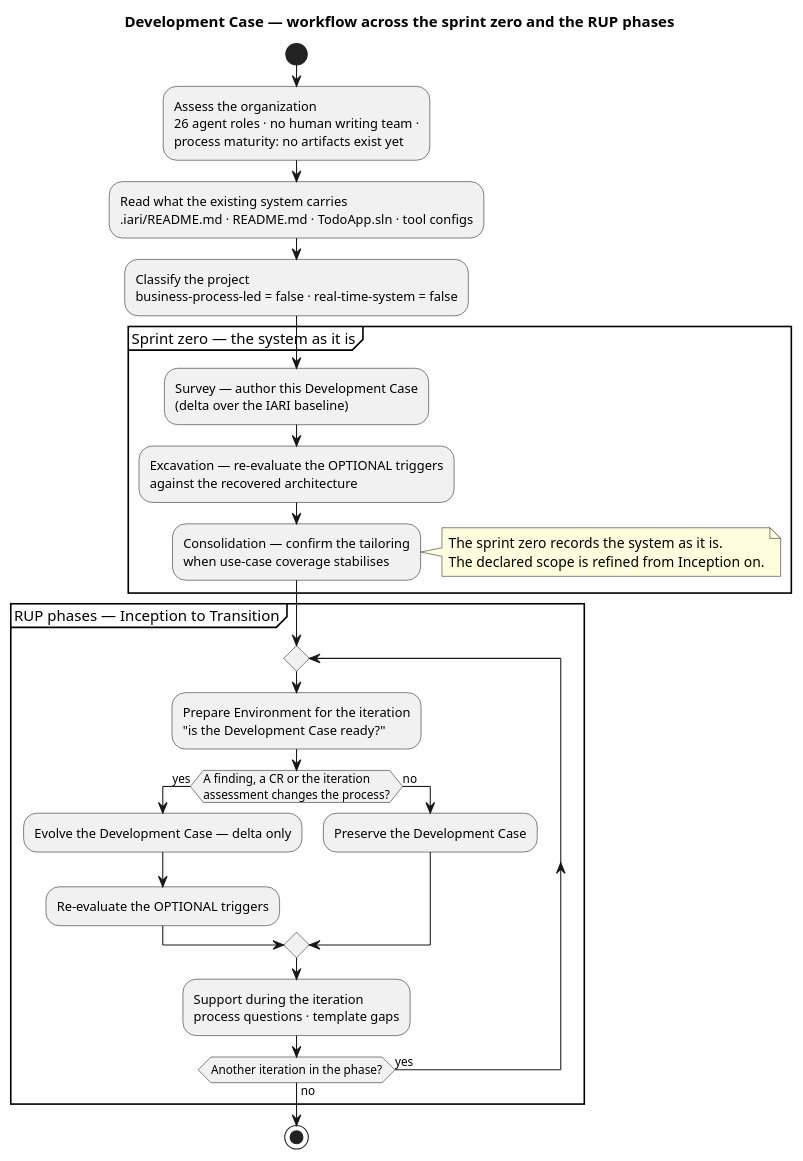
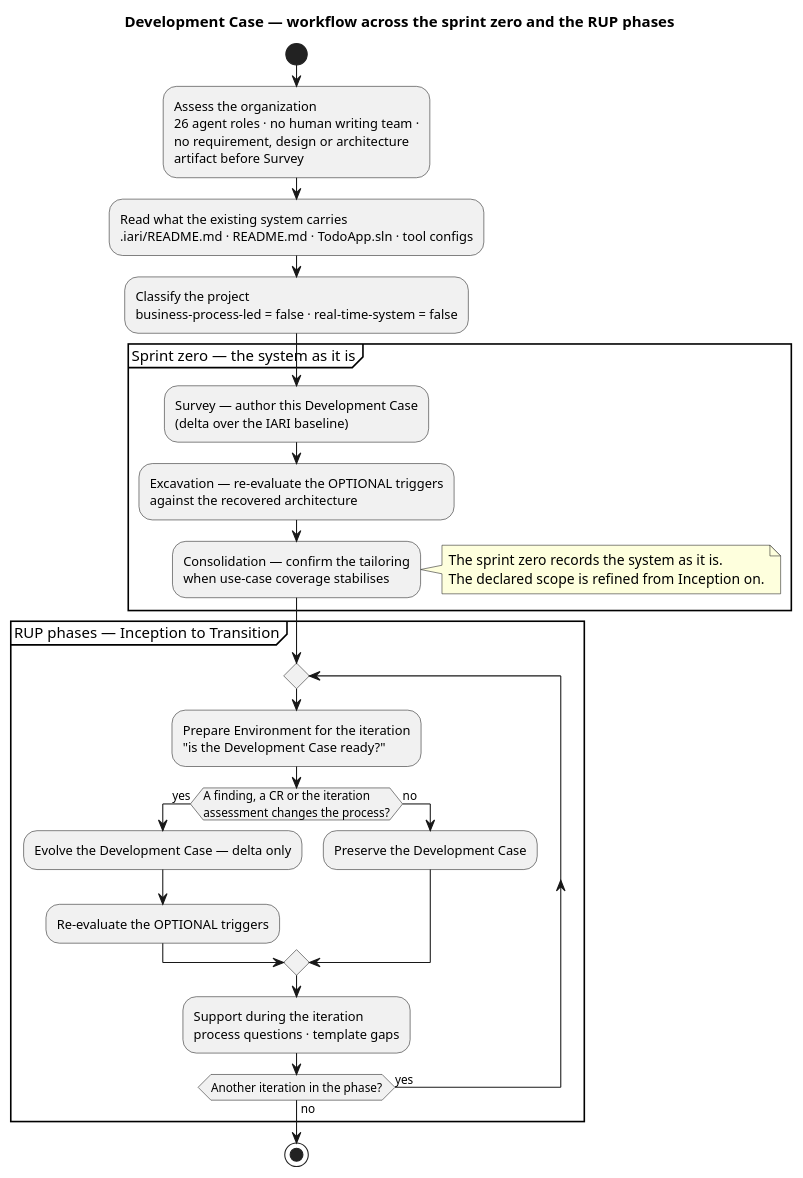
Before and after one commit to banense-test/TodoApp: the first of 2 diagrams in docs/artifacts/environment/development-case.md, drawn with PlantUML. The commit also changed other lines of this file, not shown here.

First line of the commit message:
Process Engineer [Survey2]: upsert Development Case

````diff
--- a/docs/artifacts/environment/development-case.md
+++ b/docs/artifacts/environment/development-case.md
@@ -13,31 +12,31 @@
 ```plantuml
 @startuml
 title Development Case — workflow across the sprint zero and the RUP phases
 start
-:Assess the organization\n26 agent roles · no human writing team ·\nprocess maturity: no artifacts exist yet;
+:Assess the organization\n26 agent roles · no human writing team ·\nno requirement, design or architecture\nartifact before Survey;
 :Read what the existing system carries\n.iari/README.md · README.md · TodoApp.sln · tool configs;
 :Classify the project\nbusiness-process-led = false · real-time-system = false;
 partition "Sprint zero — the system as it is" {
   :Survey — author this Development Case\n(delta over the IARI baseline);
   :Excavation — re-evaluate the OPTIONAL triggers\nagainst the recovered architecture;
   :Consolidation — confirm the tailoring\nwhen use-case coverage stabilises;
   note right
     The sprint zero records the system as it is.
     The declared scope is refined from Inception on.
   end note
 }
 partition "RUP phases — Inception to Transition" {
   repeat
     :Prepare Environment for the iteration\n"is the Development Case ready?";
     if (A finding, a CR or the iteration\nassessment changes the process?) then (yes)
       :Evolve the Development Case — delta only;
       :Re-evaluate the OPTIONAL triggers;
     else (no)
       :Preserve the Development Case;
     endif
     :Support during the iteration\nprocess questions · template gaps;
   repeat while (Another iteration in the phase?) is (yes) not (no)
 }
 stop
 @enduml
 ```
````
